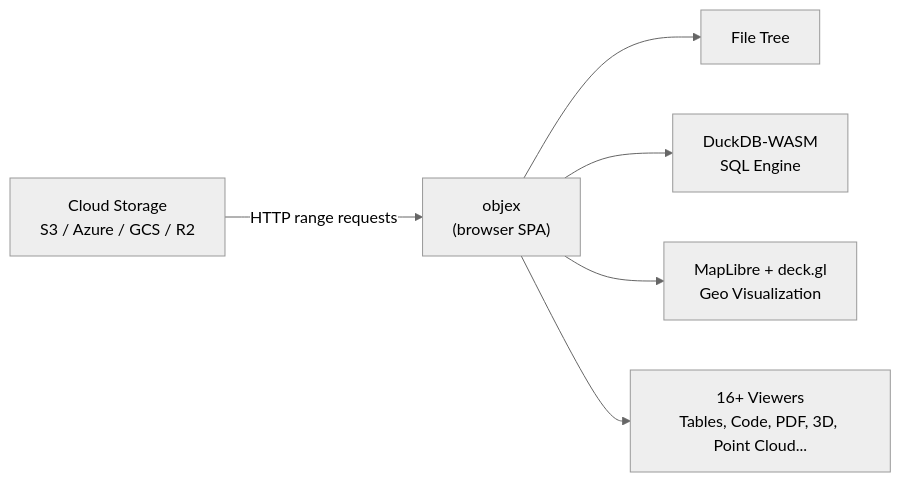
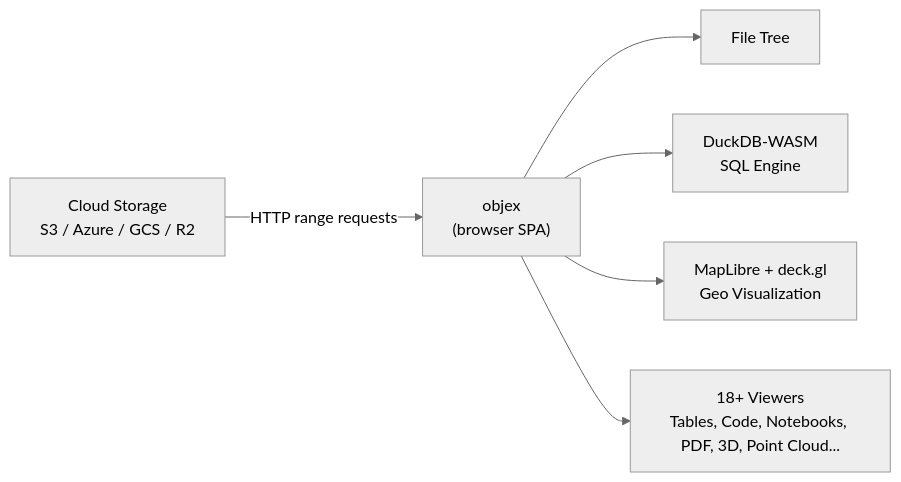
The first of 2 diagrams in README.md (walkthru-earth/objex), drawn with Mermaid (neutral theme) before and after one commit. The commit also changed other lines of this file and 11 other files, not shown here.

````diff
--- a/README.md
+++ b/README.md
@@ -5,8 +5,8 @@
 ```mermaid
 graph LR
     Cloud["Cloud Storage<br/>S3 / Azure / GCS / R2"] -->|HTTP range requests| App["objex<br/>(browser SPA)"]
     App --> Browse[File Tree]
     App --> Query["DuckDB-WASM<br/>SQL Engine"]
     App --> Map["MapLibre + deck.gl<br/>Geo Visualization"]
-    App --> View["16+ Viewers<br/>Tables, Code, PDF, 3D, Point Cloud..."]
+    App --> View["18+ Viewers<br/>Tables, Code, Notebooks, PDF, 3D, Point Cloud..."]
 ```
````
